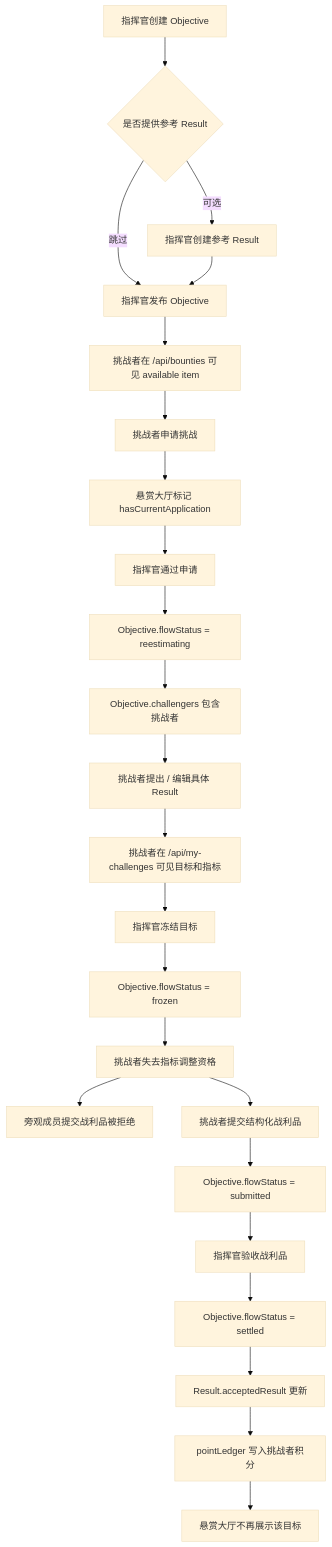
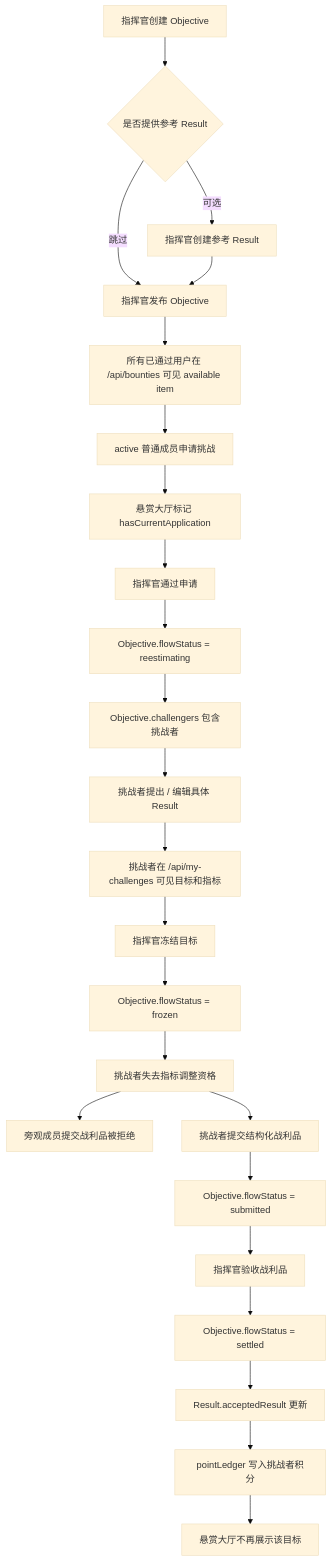
One commit to xueyu888/ORF changed the first of 2 diagrams in docs/backend/ORF 后端流程测试.md. Above: the diagram before and after it, drawn with Mermaid (base theme). The commit also changed other lines of this file and 6 other files, not shown here.

````diff
--- a/docs/backend/ORF 后端流程测试.md
+++ b/docs/backend/ORF 后端流程测试.md
@@ -74,26 +74,26 @@
 ```mermaid
 flowchart TD
   A[指挥官创建 Objective] --> B{是否提供参考 Result}
   B -->|可选| C[指挥官创建参考 Result]
   B -->|跳过| D[指挥官发布 Objective]
   C --> D
-  D --> E[挑战者在 /api/bounties 可见 available item]
-  E --> F[挑战者申请挑战]
+  D --> E[所有已通过用户在 /api/bounties 可见 available item]
+  E --> F[active 普通成员申请挑战]
   F --> G[悬赏大厅标记 hasCurrentApplication]
   G --> H[指挥官通过申请]
   H --> I[Objective.flowStatus = reestimating]
   I --> J[Objective.challengers 包含挑战者]
   J --> K[挑战者提出 / 编辑具体 Result]
   K --> L[挑战者在 /api/my-challenges 可见目标和指标]
   L --> M[指挥官冻结目标]
   M --> N[Objective.flowStatus = frozen]
   N --> O[挑战者失去指标调整资格]
   O --> P[旁观成员提交战利品被拒绝]
   O --> Q[挑战者提交结构化战利品]
   Q --> R[Objective.flowStatus = submitted]
   R --> S[指挥官验收战利品]
   S --> T[Objective.flowStatus = settled]
   T --> U[Result.acceptedResult 更新]
   U --> V[pointLedger 写入挑战者积分]
   V --> W[悬赏大厅不再展示该目标]
 ```
````
